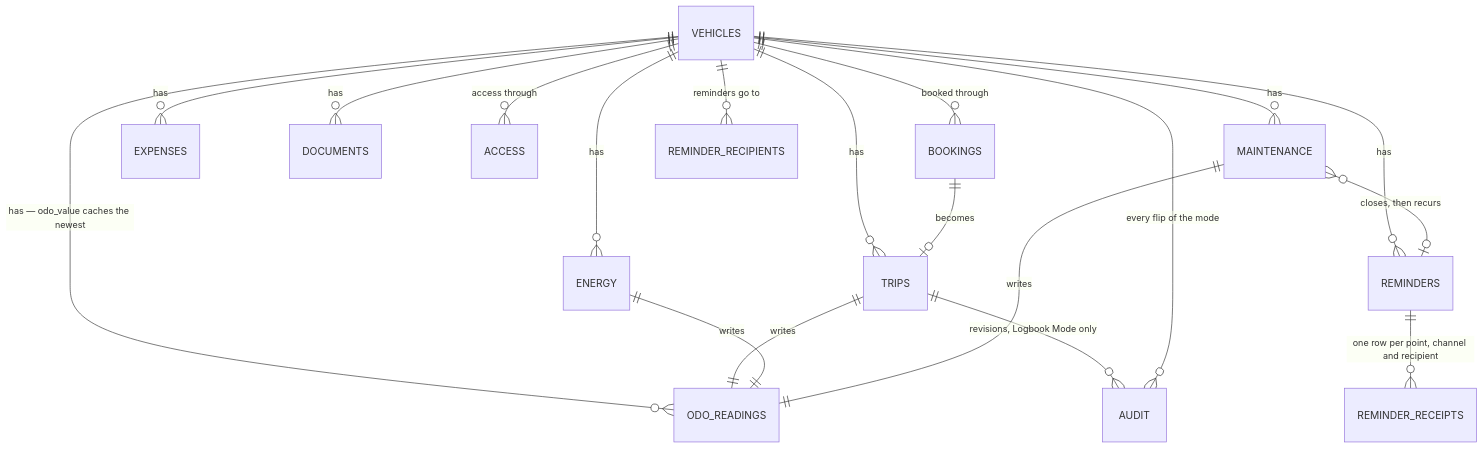
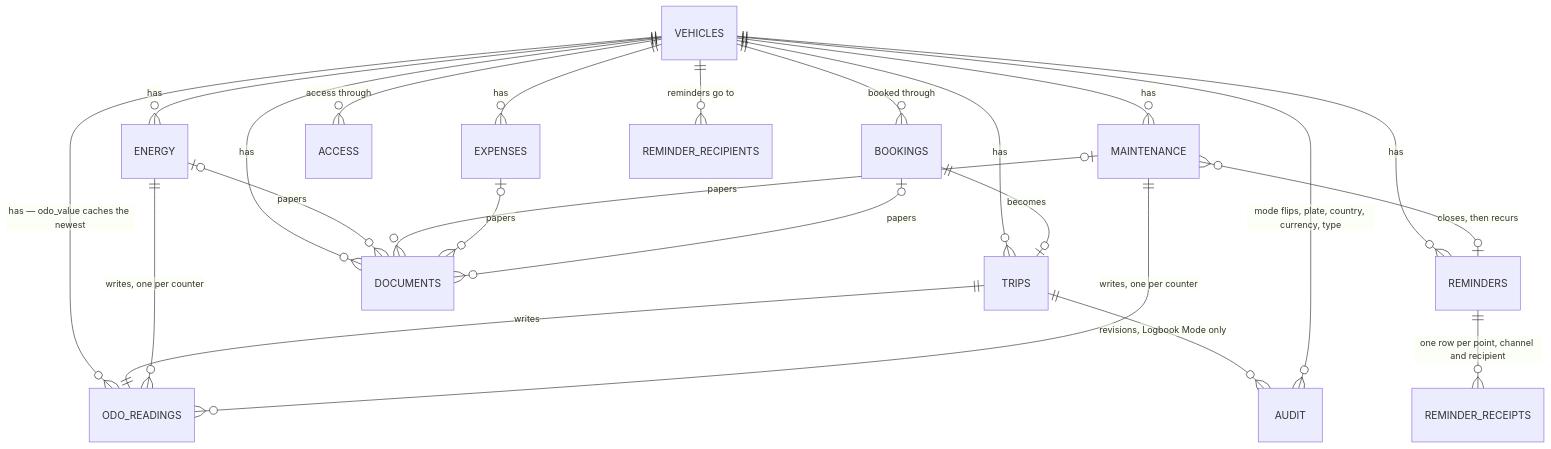
One commit to typical42/next-fleet changed the diagram in docs/architecture.md. Above: the diagram before and after it, drawn with Mermaid. The commit also changed other lines of this file and 346 other files, not shown here.

````diff
--- a/docs/architecture.md
+++ b/docs/architecture.md
@@ -33,21 +33,25 @@
 ```mermaid
 erDiagram
     VEHICLES ||--o{ ODO_READINGS : "has — odo_value caches the newest"
     VEHICLES ||--o{ TRIPS : has
     VEHICLES ||--o{ ENERGY : has
     VEHICLES ||--o{ MAINTENANCE : has
     VEHICLES ||--o{ EXPENSES : has
     VEHICLES ||--o{ REMINDERS : has
     VEHICLES ||--o{ DOCUMENTS : has
     VEHICLES ||--o{ ACCESS : "access through"
     VEHICLES ||--o{ BOOKINGS : "booked through"
     TRIPS ||--|| ODO_READINGS : writes
-    ENERGY ||--|| ODO_READINGS : writes
-    MAINTENANCE ||--|| ODO_READINGS : writes
+    ENERGY ||--o{ ODO_READINGS : "writes, one per counter"
+    MAINTENANCE ||--o{ ODO_READINGS : "writes, one per counter"
+    ENERGY |o--o{ DOCUMENTS : "papers"
+    MAINTENANCE |o--o{ DOCUMENTS : "papers"
+    EXPENSES |o--o{ DOCUMENTS : "papers"
+    BOOKINGS |o--o{ DOCUMENTS : "papers"
     MAINTENANCE }o--o| REMINDERS : "closes, then recurs"
     REMINDERS ||--o{ REMINDER_RECEIPTS : "one row per point, channel and recipient"
     VEHICLES ||--o{ REMINDER_RECIPIENTS : "reminders go to"
     BOOKINGS ||--o| TRIPS : becomes
     TRIPS ||--o{ AUDIT : "revisions, Logbook Mode only"
-    VEHICLES ||--o{ AUDIT : "every flip of the mode"
+    VEHICLES ||--o{ AUDIT : "mode flips, plate, country, currency, type"
 ```
````
